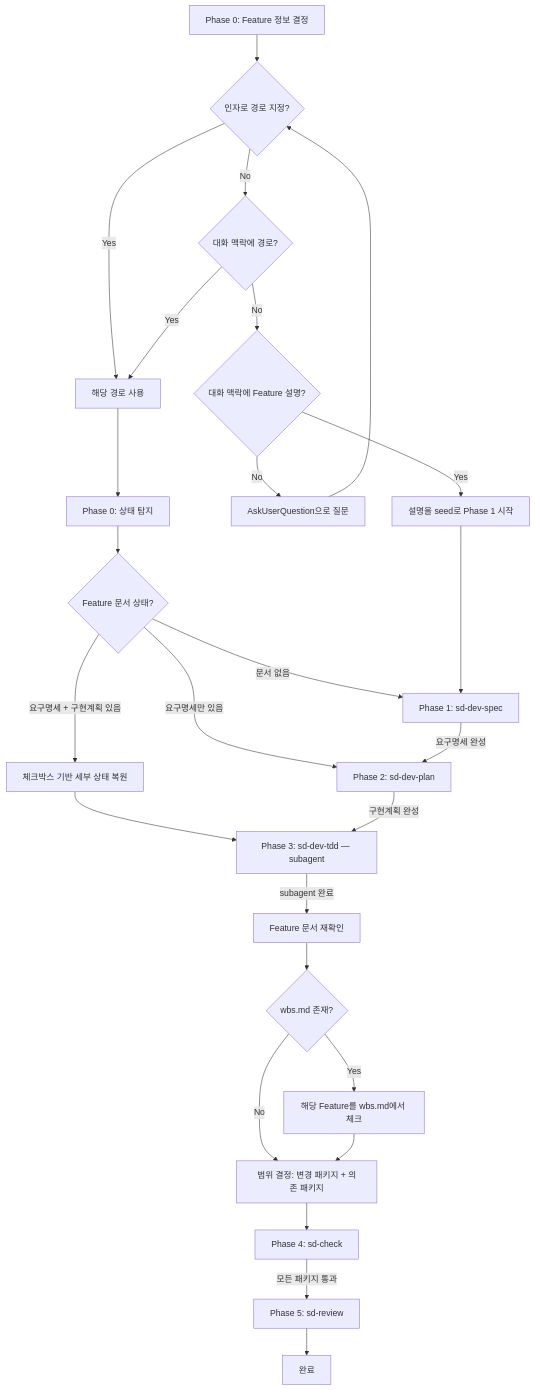
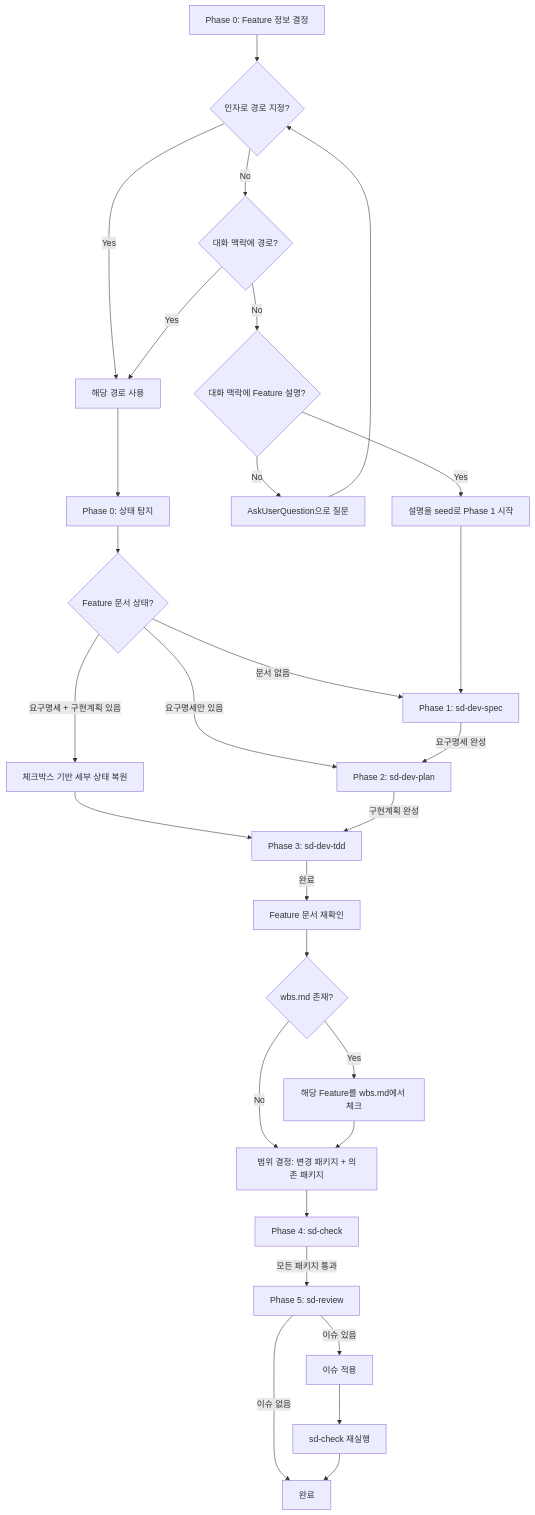
The diagram in .claude/skills/sd-dev/SKILL.md (kslhunter/simplysm), drawn with Mermaid before and after one commit. The commit also changed other lines of this file and 31 other files, not shown here.

````diff
--- a/.claude/skills/sd-dev/SKILL.md
+++ b/.claude/skills/sd-dev/SKILL.md
@@ -14,32 +14,35 @@
 ```mermaid
 flowchart TD
     S1[Phase 0: Feature 정보 결정] --> S1a{인자로 경로 지정?}
     S1a -->|Yes| S1use[해당 경로 사용]
     S1a -->|No| S1b{대화 맥락에 경로?}
     S1b -->|Yes| S1use
     S1b -->|No| S1c{대화 맥락에 Feature 설명?}
     S1c -->|Yes| S1seed[설명을 seed로 Phase 1 시작]
     S1c -->|No| S1ask[AskUserQuestion으로 질문]
     S1ask --> S1a
 
     S1use --> S2[Phase 0: 상태 탐지]
     S2 --> S2a{Feature 문서 상태?}
     S2a -->|문서 없음| P1[Phase 1: sd-dev-spec]
     S2a -->|요구명세만 있음| P2[Phase 2: sd-dev-plan]
     S2a -->|요구명세 + 구현계획 있음| S2b[체크박스 기반 세부 상태 복원]
-    S2b --> P3[Phase 3: sd-dev-tdd — subagent]
+    S2b --> P3[Phase 3: sd-dev-tdd]
 
     S1seed --> P1
 
     P1 -->|요구명세 완성| P2
     P2 -->|구현계획 완성| P3
-    P3 -->|subagent 완료| P3a[Feature 문서 재확인]
+    P3 -->|완료| P3a[Feature 문서 재확인]
     P3a --> S3{wbs.md 존재?}
     S3 -->|Yes| S3a[해당 Feature를 wbs.md에서 체크]
     S3 -->|No| SCOPE[범위 결정: 변경 패키지 + 의존 패키지]
     S3a --> SCOPE
 
     SCOPE --> P4[Phase 4: sd-check]
     P4 -->|모든 패키지 통과| P5[Phase 5: sd-review]
-    P5 --> DONE[완료]
+    P5 -->|이슈 없음| DONE[완료]
+    P5 -->|이슈 있음| P5FIX[이슈 적용]
+    P5FIX --> P4RE[sd-check 재실행]
+    P4RE --> DONE
 ```
````
